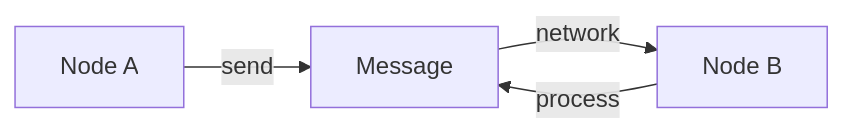
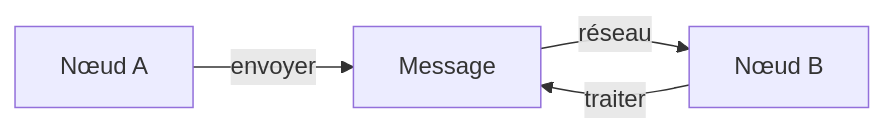
One commit to dardourimohamed/distributed-systems-course changed the first of 7 diagrams in src/fundamentals/02-message-passing.md. Above: the diagram before and after it, drawn with Mermaid. The commit also changed other lines of this file and 38 other files, not shown here.

````diff
--- a/src/fundamentals/02-message-passing.md
+++ b/src/fundamentals/02-message-passing.md
@@ -16,10 +16,10 @@
 ```mermaid
 graph LR
-    A[Node A]
-    B[Node B]
+    A[Nœud A]
+    B[Nœud B]
     M[Message]
 
-    A -->|send| M
-    M -->|network| B
-    B -->|process| M
+    A -->|envoyer| M
+    M -->|réseau| B
+    B -->|traiter| M
 ```
````
